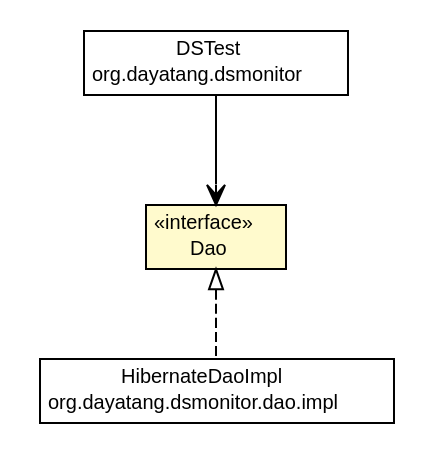
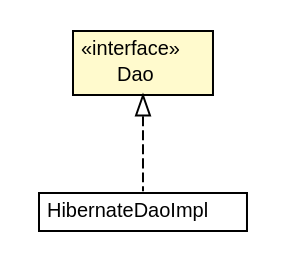
Before and after one commit to dayatang/dddlib: the diagram in dddlib-datasource-monitor/testapidocs/org/dayatang/dsmonitor/dao/Dao.dot, drawn with Graphviz. The commit also changed 154 other files, not shown here.

```diff
--- a/dddlib-datasource-monitor/testapidocs/org/dayatang/dsmonitor/dao/Dao.dot
+++ b/dddlib-datasource-monitor/testapidocs/org/dayatang/dsmonitor/dao/Dao.dot
@@ -1,37 +1,27 @@
 #!/usr/local/bin/dot
 #
 # Class diagram 
 # Generated by UMLGraph version R5_6_6-8-g8d7759 (http://www.umlgraph.org/)
 #
 
 digraph G {
 	edge [fontname="Helvetica",fontsize=10,labelfontname="Helvetica",labelfontsize=10];
 	node [fontname="Helvetica",fontsize=10,shape=plaintext];
 	nodesep=0.25;
 	ranksep=0.5;
 	// org.dayatang.dsmonitor.dao.Dao
-	c44 [label=<<table title="org.dayatang.dsmonitor.dao.Dao" border="0" cellborder="1" cellspacing="0" cellpadding="2" port="p" bgcolor="lemonChiffon" href="./Dao.html">
+	c33 [label=<<table title="org.dayatang.dsmonitor.dao.Dao" border="0" cellborder="1" cellspacing="0" cellpadding="2" port="p" bgcolor="lemonChiffon" href="./Dao.html">
 		<tr><td><table border="0" cellspacing="0" cellpadding="1">
 <tr><td align="center" balign="center"> &#171;interface&#187; </td></tr>
 <tr><td align="center" balign="center"> Dao </td></tr>
 		</table></td></tr>
 		</table>>, URL="./Dao.html", fontname="Helvetica", fontcolor="black", fontsize=10.0];
 	// org.dayatang.dsmonitor.dao.impl.HibernateDaoImpl
-	c45 [label=<<table title="org.dayatang.dsmonitor.dao.impl.HibernateDaoImpl" border="0" cellborder="1" cellspacing="0" cellpadding="2" port="p" href="./impl/HibernateDaoImpl.html">
+	c34 [label=<<table title="org.dayatang.dsmonitor.dao.impl.HibernateDaoImpl" border="0" cellborder="1" cellspacing="0" cellpadding="2" port="p" href="./impl/HibernateDaoImpl.html">
 		<tr><td><table border="0" cellspacing="0" cellpadding="1">
 <tr><td align="center" balign="center"> HibernateDaoImpl </td></tr>
-<tr><td align="center" balign="center"> org.dayatang.dsmonitor.dao.impl </td></tr>
 		</table></td></tr>
 		</table>>, URL="./impl/HibernateDaoImpl.html", fontname="Helvetica", fontcolor="black", fontsize=10.0];
-	// org.dayatang.dsmonitor.DSTest
-	c47 [label=<<table title="org.dayatang.dsmonitor.DSTest" border="0" cellborder="1" cellspacing="0" cellpadding="2" port="p" href="../DSTest.html">
-		<tr><td><table border="0" cellspacing="0" cellpadding="1">
-<tr><td align="center" balign="center"> DSTest </td></tr>
-<tr><td align="center" balign="center"> org.dayatang.dsmonitor </td></tr>
-		</table></td></tr>
-		</table>>, URL="../DSTest.html", fontname="Helvetica", fontcolor="black", fontsize=10.0];
 	//org.dayatang.dsmonitor.dao.impl.HibernateDaoImpl implements org.dayatang.dsmonitor.dao.Dao
-	c44:p -> c45:p [dir=back,arrowtail=empty,style=dashed];
-	// org.dayatang.dsmonitor.DSTest NAVASSOC org.dayatang.dsmonitor.dao.Dao
-	c47:p -> c44:p [taillabel="", label=" "headlabel="", fontname="Helvetica", fontcolor="black", fontsize=10.0, color="black", arrowhead=open];
+	c33:p -> c34:p [dir=back,arrowtail=empty,style=dashed];
 }
```
